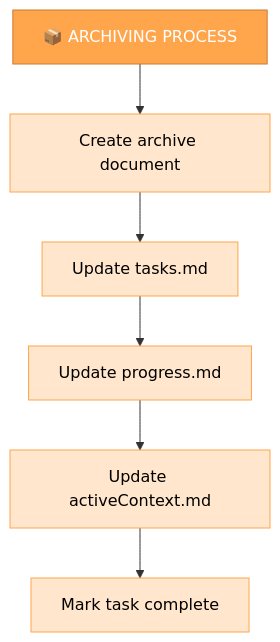
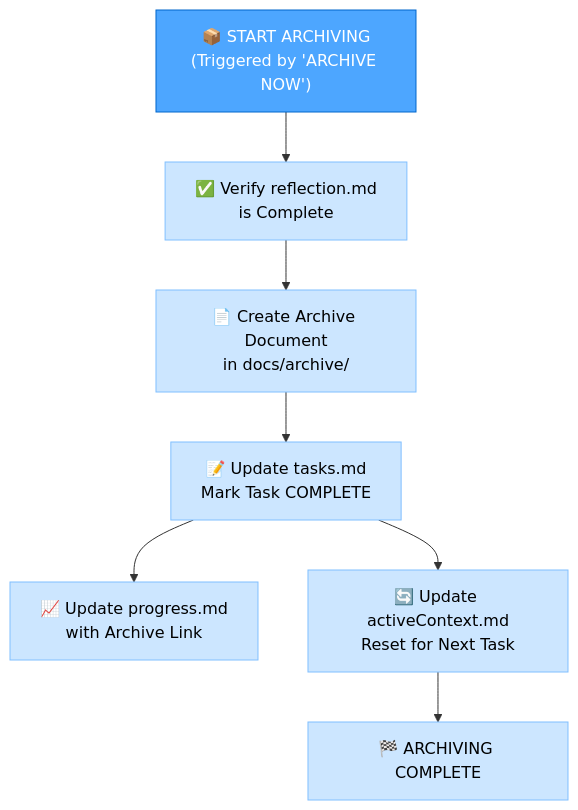
One commit to 7Spade/cursor-memory-bank changed the third of 3 diagrams in .cursor/rules/isolation_rules/Modes/reflect-archive-mode-detailed.mdc. Above: the diagram before and after it, drawn with Mermaid. The commit also changed other lines of this file and 7 other files, not shown here.

````diff
--- a/.cursor/rules/isolation_rules/Modes/reflect-archive-mode-detailed.mdc
+++ b/.cursor/rules/isolation_rules/Modes/reflect-archive-mode-detailed.mdc
@@ -234,15 +146,17 @@
 ```mermaid
 graph TD
-    Archive["📦 ARCHIVING PROCESS"] --> Create["Create archive document"]
-    Create --> Update["Update tasks.md"]
-    Update --> Progress["Update progress.md"]
-    Progress --> Context["Update activeContext.md"]
-    Context --> Complete["Mark task complete"]
-    
-    style Archive fill:#ffa64d,stroke:#cc7a30,color:white
-    style Create fill:#ffe6cc,stroke:#ffa64d,color:black
-    style Update fill:#ffe6cc,stroke:#ffa64d,color:black
-    style Progress fill:#ffe6cc,stroke:#ffa64d,color:black
-    style Context fill:#ffe6cc,stroke:#ffa64d,color:black
-    style Complete fill:#ffe6cc,stroke:#ffa64d,color:black
+    ArchiveStart["📦 START ARCHIVING<br>(Triggered by 'ARCHIVE NOW')"] --> Verify["✅ Verify reflection.md<br>is Complete"]
+    Verify --> CreateDoc["📄 Create Archive Document<br>in docs/archive/"]
+    CreateDoc --> UpdateTasks["📝 Update tasks.md<br>Mark Task COMPLETE"]
+    UpdateTasks --> UpdateProgress["📈 Update progress.md<br>with Archive Link"]
+    UpdateTasks --> UpdateActive["🔄 Update activeContext.md<br>Reset for Next Task"]
+    UpdateActive --> Complete["🏁 ARCHIVING COMPLETE"]
+
+    style ArchiveStart fill:#4da6ff,stroke:#0066cc,color:white
+    style Verify fill:#cce6ff,stroke:#80bfff,color:black
+    style CreateDoc fill:#cce6ff,stroke:#80bfff,color:black
+    style UpdateTasks fill:#cce6ff,stroke:#80bfff,color:black
+    style UpdateProgress fill:#cce6ff,stroke:#80bfff,color:black
+    style UpdateActive fill:#cce6ff,stroke:#80bfff,color:black
+    style Complete fill:#cce6ff,stroke:#80bfff,color:black
 ```
````
